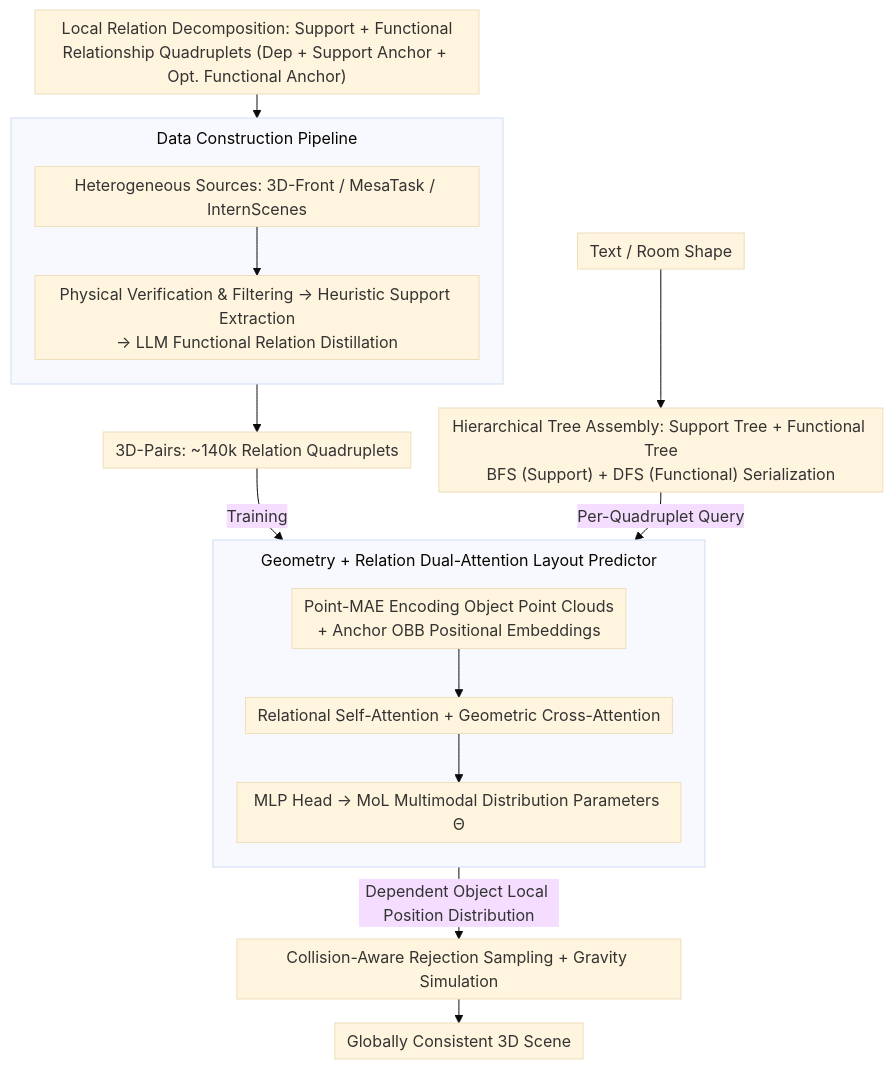
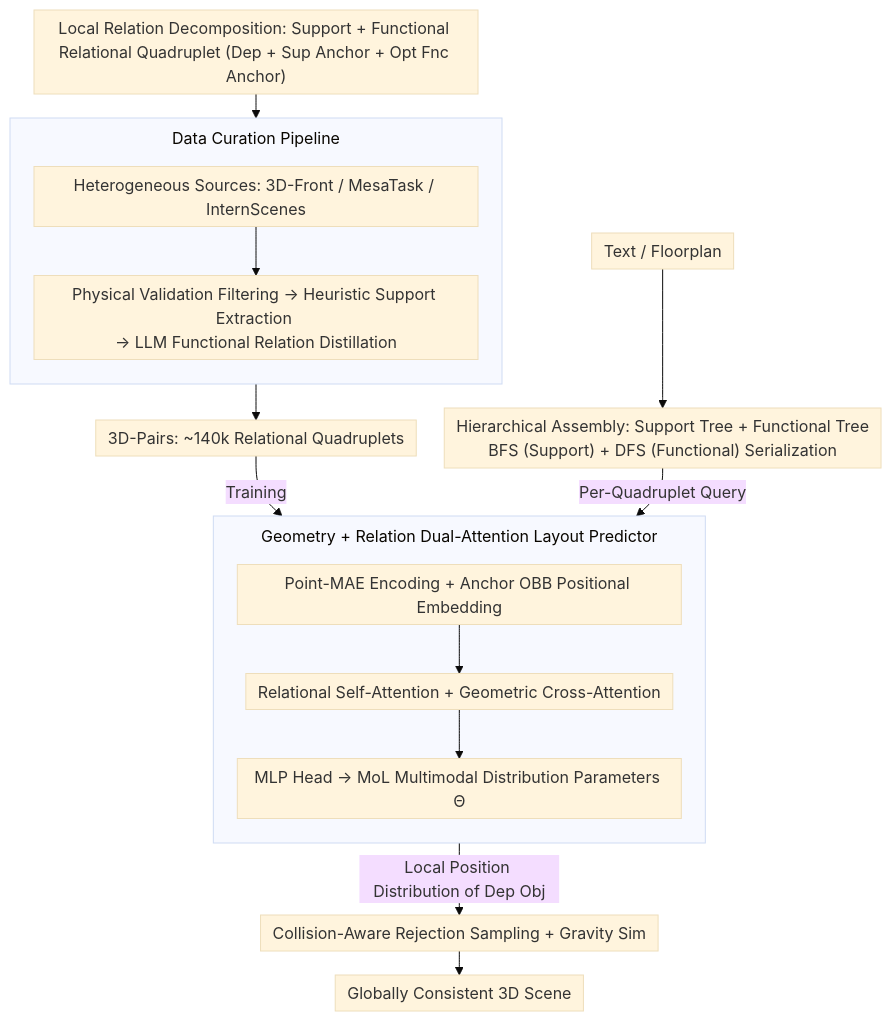
One commit to zhaoyang97/Paper-Notes-en changed the diagram in docs/ICML2026/multimodal_vlm/pair2scene_learning_local_object_relations_for_procedural_scene_generation.md. Above: the diagram before and after it, drawn with Mermaid (base theme). The commit also changed other lines of this file and 5084 other files, not shown here.

````diff
--- a/docs/ICML2026/multimodal_vlm/pair2scene_learning_local_object_relations_for_procedural_scene_generation.md
+++ b/docs/ICML2026/multimodal_vlm/pair2scene_learning_local_object_relations_for_procedural_scene_generation.md
@@ -42,21 +42,21 @@
 ```mermaid
 %%{init: {'flowchart': {'rankSpacing': 24, 'nodeSpacing': 28, 'padding': 6, 'wrappingWidth': 420, 'subGraphTitleMargin': {'top': 8, 'bottom': 16}}}}%%
 flowchart TD
-    REL["Local Relation Decomposition: Support + Functional<br/>Relationship Quadruplets (Dep + Support Anchor + Opt. Functional Anchor)"]
-    subgraph CURATE["Data Construction Pipeline"]
+    REL["Local Relation Decomposition: Support + Functional <br/>Relational Quadruplet (Dep + Sup Anchor + Opt Fnc Anchor)"]
+    subgraph CURATE["Data Curation Pipeline"]
         direction TB
-        SRC["Heterogeneous Sources: 3D-Front / MesaTask / InternScenes"] --> PV["Physical Verification & Filtering → Heuristic Support Extraction<br/>→ LLM Functional Relation Distillation"]
+        SRC["Heterogeneous Sources: 3D-Front / MesaTask / InternScenes"] --> PV["Physical Validation Filtering → Heuristic Support Extraction <br/>→ LLM Functional Relation Distillation"]
     end
     REL --> CURATE
-    CURATE --> PAIRS["3D-Pairs: ~140k Relation Quadruplets"]
+    CURATE --> PAIRS["3D-Pairs: ~140k Relational Quadruplets"]
     PAIRS -->|Training| MODEL
     subgraph MODEL["Geometry + Relation Dual-Attention Layout Predictor"]
         direction TB
-        PE["Point-MAE Encoding Object Point Clouds<br/>+ Anchor OBB Positional Embeddings"] --> ATT["Relational Self-Attention + Geometric Cross-Attention"]
+        PE["Point-MAE Encoding + Anchor OBB Positional Embedding"] --> ATT["Relational Self-Attention + Geometric Cross-Attention"]
         ATT --> MOL["MLP Head → MoL Multimodal Distribution Parameters Θ"]
     end
-    INPUT["Text / Room Shape"] --> TREE["Hierarchical Tree Assembly: Support Tree + Functional Tree<br/>BFS (Support) + DFS (Functional) Serialization"]
+    INPUT["Text / Floorplan"] --> TREE["Hierarchical Assembly: Support Tree + Functional Tree <br/>BFS (Support) + DFS (Functional) Serialization"]
     TREE -->|Per-Quadruplet Query| MODEL
-    MODEL -->|Dependent Object Local Position Distribution| RS["Collision-Aware Rejection Sampling + Gravity Simulation"]
+    MODEL -->|Local Position Distribution of Dep Obj| RS["Collision-Aware Rejection Sampling + Gravity Sim"]
     RS --> OUT["Globally Consistent 3D Scene"]
 ```
````
